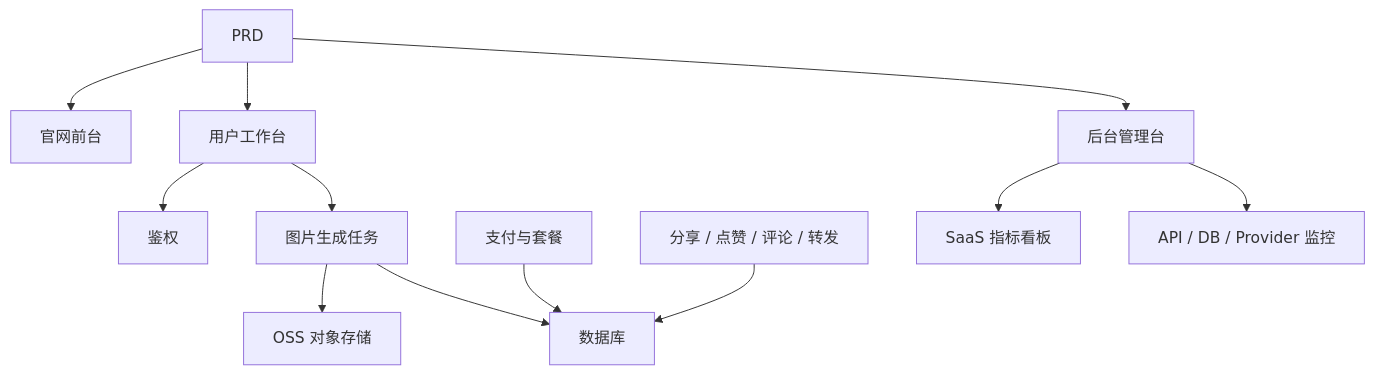
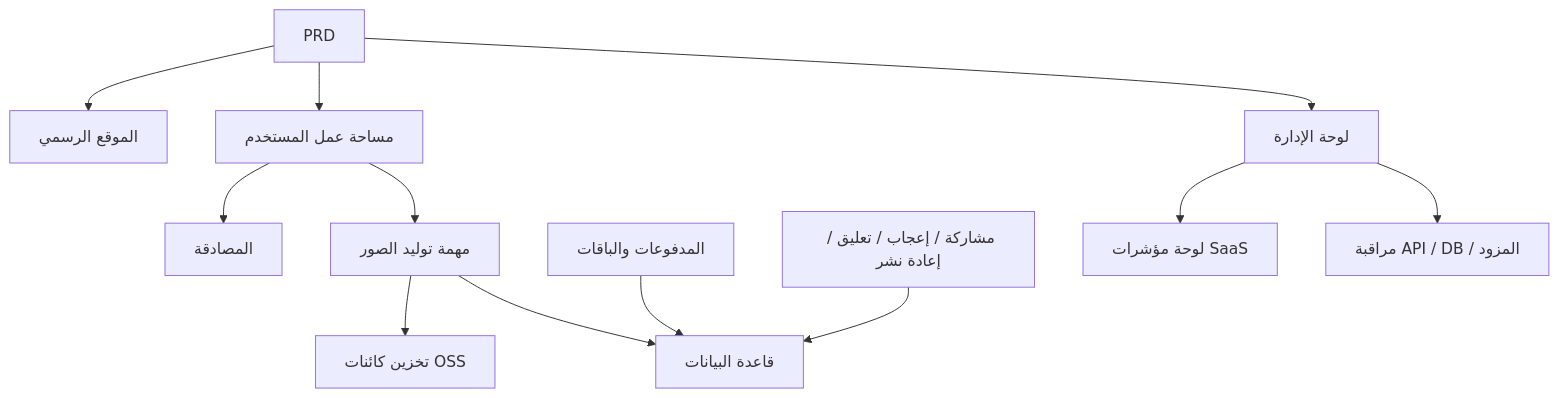
The diagram in docs/ar-sa/stage-2/assignments/modern-landing-page/index.md (sketchymonk/easy-vibe), drawn with Mermaid before and after one commit. The commit also changed other lines of this file and 59 other files, not shown here.

````diff
--- a/docs/ar-sa/stage-2/assignments/modern-landing-page/index.md
+++ b/docs/ar-sa/stage-2/assignments/modern-landing-page/index.md
@@ -75,14 +75,14 @@
 ```mermaid
 flowchart TD
-  prd["PRD"] --> web["官网前台"]
-  prd --> app["用户工作台"]
-  prd --> admin["后台管理台"]
-  app --> auth["鉴权"]
-  app --> gen["图片生成任务"]
-  gen --> oss["OSS 对象存储"]
-  gen --> db["数据库"]
-  billing["支付与套餐"] --> db
-  social["分享 / 点赞 / 评论 / 转发"] --> db
-  admin --> analytics["SaaS 指标看板"]
-  admin --> observability["API / DB / Provider 监控"]
+  prd["PRD"] --> web["الموقع الرسمي"]
+  prd --> app["مساحة عمل المستخدم"]
+  prd --> admin["لوحة الإدارة"]
+  app --> auth["المصادقة"]
+  app --> gen["مهمة توليد الصور"]
+  gen --> oss["تخزين كائنات OSS"]
+  gen --> db["قاعدة البيانات"]
+  billing["المدفوعات والباقات"] --> db
+  social["مشاركة / إعجاب / تعليق / إعادة نشر"] --> db
+  admin --> analytics["لوحة مؤشرات SaaS"]
+  admin --> observability["مراقبة API / DB / المزود"]
 ```
````
